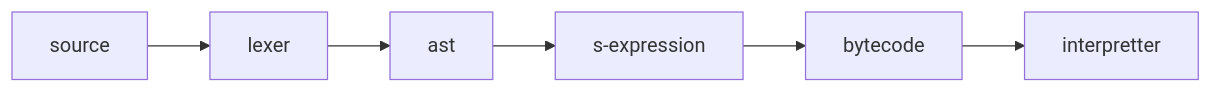
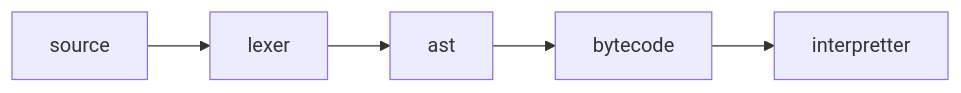
The diagram in README.md (wmedrano/spore), drawn with Mermaid before and after one commit. The commit also changed other lines of this file and 7 other files, not shown here.

````diff
--- a/README.md
+++ b/README.md
@@ -41,4 +41,4 @@
 ```mermaid
 flowchart LR
-    source --> lexer --> ast --> s-expression --> bytecode --> interpretter;
+    source --> lexer --> ast --> bytecode --> interpretter;
 ```
````
